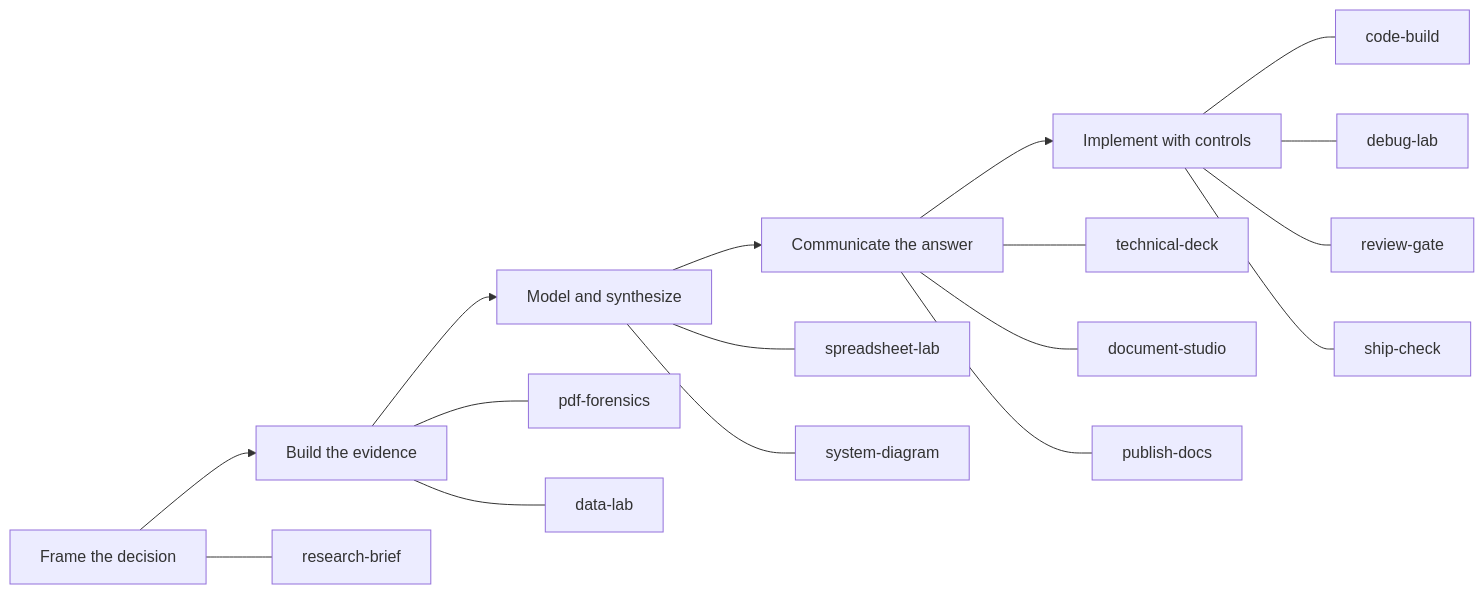
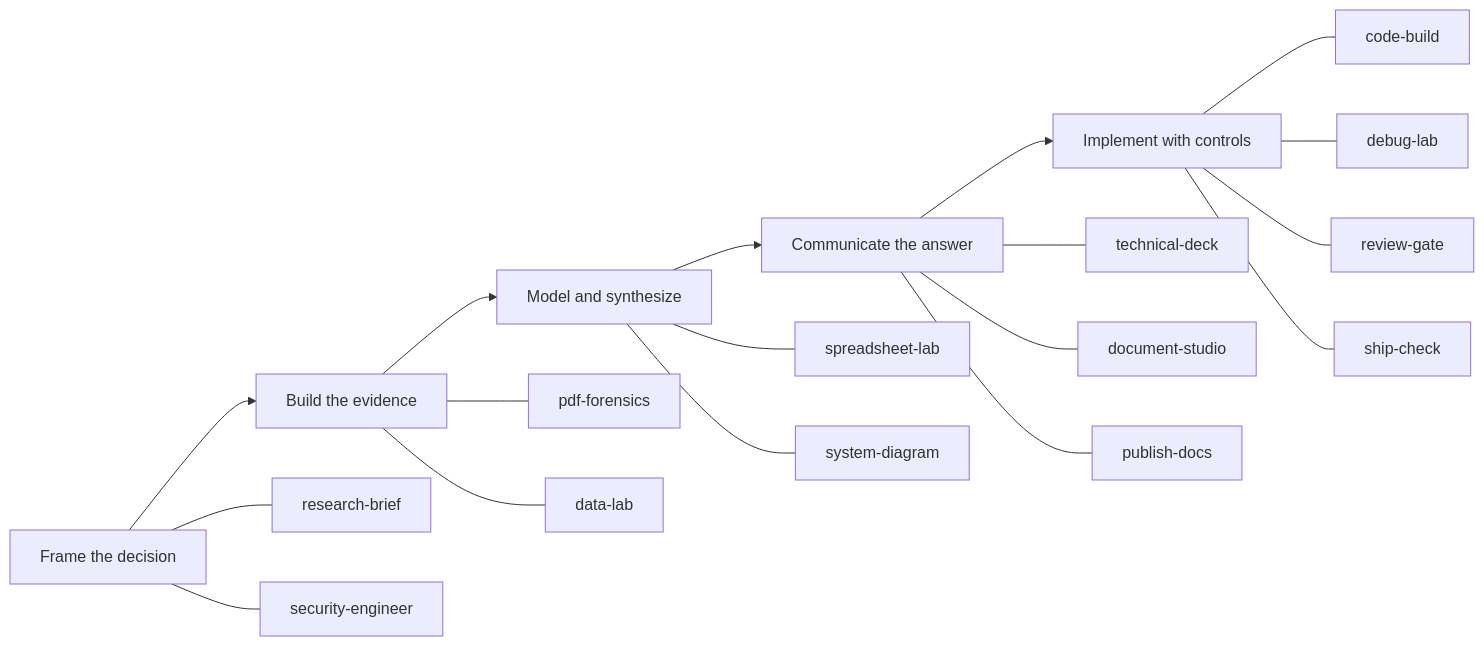
Before and after one commit to sfungwinbond/Gstackwut: the second of 3 diagrams in README.md, drawn with Mermaid. The commit also changed other lines of this file and 20 other files, not shown here.

````diff
--- a/README.md
+++ b/README.md
@@ -152,20 +155,21 @@
 ```mermaid
 flowchart LR
     A[Frame the decision] --> B[Build the evidence]
     B --> C[Model and synthesize]
     C --> D[Communicate the answer]
     D --> E[Implement with controls]
 
     A --- R[research-brief]
+    A --- SE[security-engineer]
     B --- P[pdf-forensics]
     B --- DL[data-lab]
     C --- X[spreadsheet-lab]
     C --- SD[system-diagram]
     D --- TD[technical-deck]
     D --- DS[document-studio]
     D --- PD[publish-docs]
     E --- CB[code-build]
     E --- DB[debug-lab]
     E --- RG[review-gate]
     E --- SC[ship-check]
 ```
````
